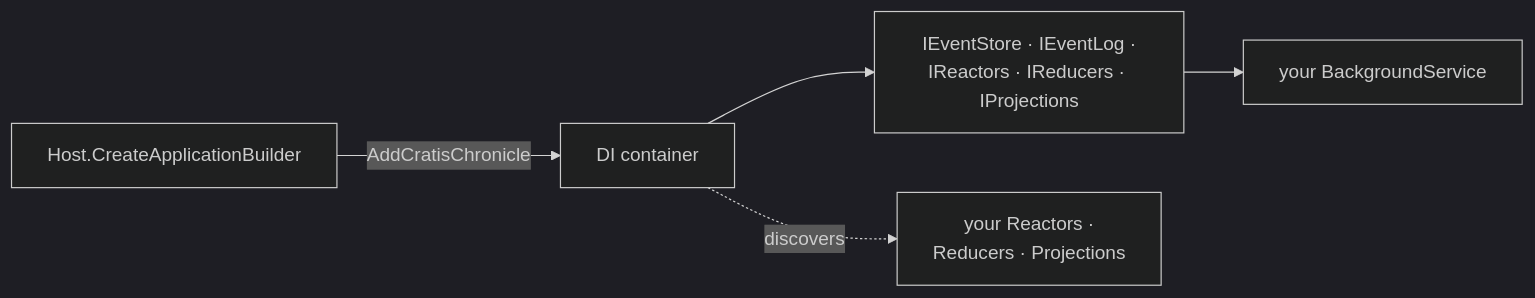
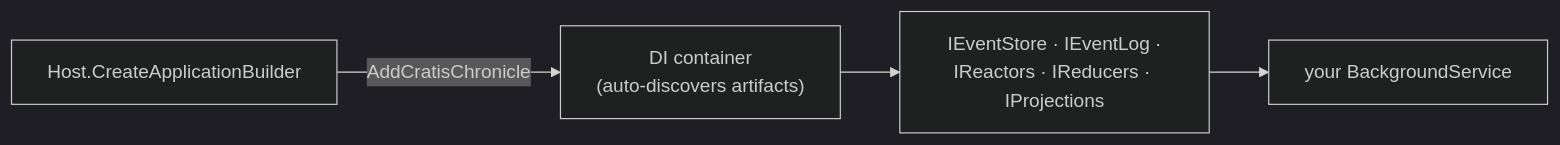
The diagram in Documentation/get-started/worker.md (Cratis/Chronicle), drawn with Mermaid (dark theme) before and after one commit. The commit also changed other lines of this file and 7 other files, not shown here.

````diff
--- a/Documentation/get-started/worker.md
+++ b/Documentation/get-started/worker.md
@@ -56,7 +47,6 @@
 ```mermaid
 flowchart LR
-    Host["Host.CreateApplicationBuilder"] -->|AddCratisChronicle| DI["DI container"]
+    Host["Host.CreateApplicationBuilder"] -->|AddCratisChronicle| DI["DI container<br/>(auto-discovers artifacts)"]
     DI --> Svcs["IEventStore · IEventLog ·<br/>IReactors · IReducers · IProjections"]
-    DI -.->|discovers| Artifacts["your Reactors ·<br/>Reducers · Projections"]
     Svcs --> Worker["your BackgroundService"]
 ```
````
